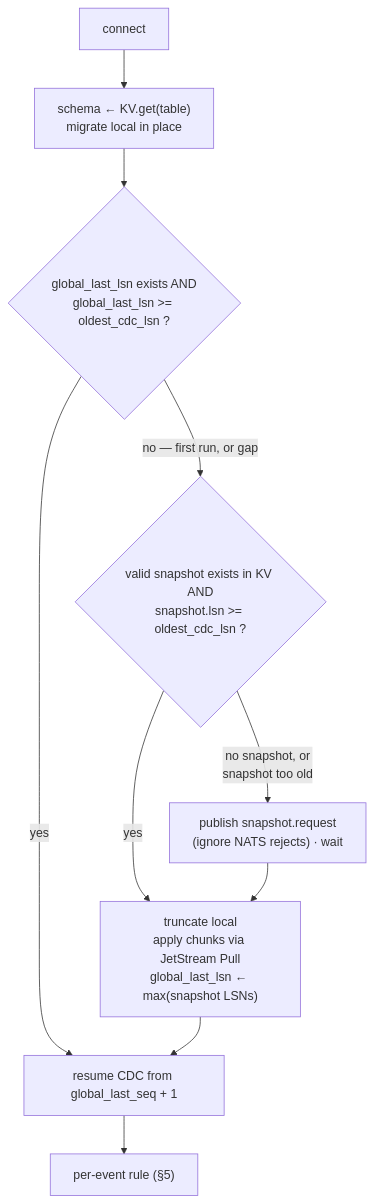
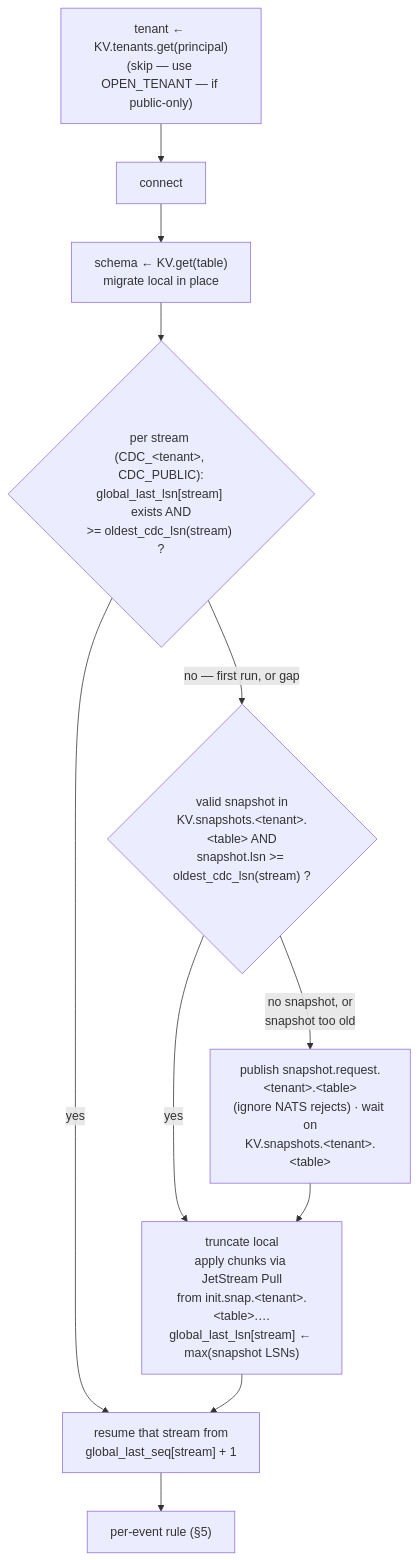
Before and after one commit to ndrean/ZeBridge: the fourth of 4 diagrams in PROTOCOL.md, drawn with Mermaid. The commit also changed other lines of this file and 25 other files, not shown here.

````diff
--- a/PROTOCOL.md
+++ b/PROTOCOL.md
@@ -741,12 +753,13 @@
 ```mermaid
 flowchart TD
-    A[connect] --> B["schema ← KV.get(table)<br/>migrate local in place"]
-    B --> C{"global_last_lsn exists AND<br/>global_last_lsn >= oldest_cdc_lsn ?"}
-    C -->|yes| Z["resume CDC from global_last_seq + 1"]
-    C -->|"no — first run, or gap"| D{"valid snapshot exists in KV AND<br/>snapshot.lsn >= oldest_cdc_lsn ?"}
-    D -->|yes| E["truncate local<br/>apply chunks via JetStream Pull<br/>global_last_lsn ← max(snapshot LSNs)"]
-    D -->|"no snapshot, or<br/>snapshot too old"| F["publish snapshot.request<br/>(ignore NATS rejects) · wait"]
+    T["tenant ← KV.tenants.get(principal)<br/>(skip — use OPEN_TENANT — if public-only)"] --> A[connect]
+    A --> B["schema ← KV.get(table)<br/>migrate local in place"]
+    B --> C{"per stream (CDC_&lt;tenant&gt;, CDC_PUBLIC):<br/>global_last_lsn[stream] exists AND<br/>&gt;= oldest_cdc_lsn(stream) ?"}
+    C -->|yes| Z["resume that stream from<br/>global_last_seq[stream] + 1"]
+    C -->|"no — first run, or gap"| D{"valid snapshot in<br/>KV.snapshots.&lt;tenant&gt;.&lt;table&gt; AND<br/>snapshot.lsn &gt;= oldest_cdc_lsn(stream) ?"}
+    D -->|yes| E["truncate local<br/>apply chunks via JetStream Pull<br/>from init.snap.&lt;tenant&gt;.&lt;table&gt;.…<br/>global_last_lsn[stream] ← max(snapshot LSNs)"]
+    D -->|"no snapshot, or<br/>snapshot too old"| F["publish snapshot.request.&lt;tenant&gt;.&lt;table&gt;<br/>(ignore NATS rejects) · wait on<br/>KV.snapshots.&lt;tenant&gt;.&lt;table&gt;"]
     F --> E
     E --> Z
     Z --> Y["per-event rule (§5)"]
 ```
````
